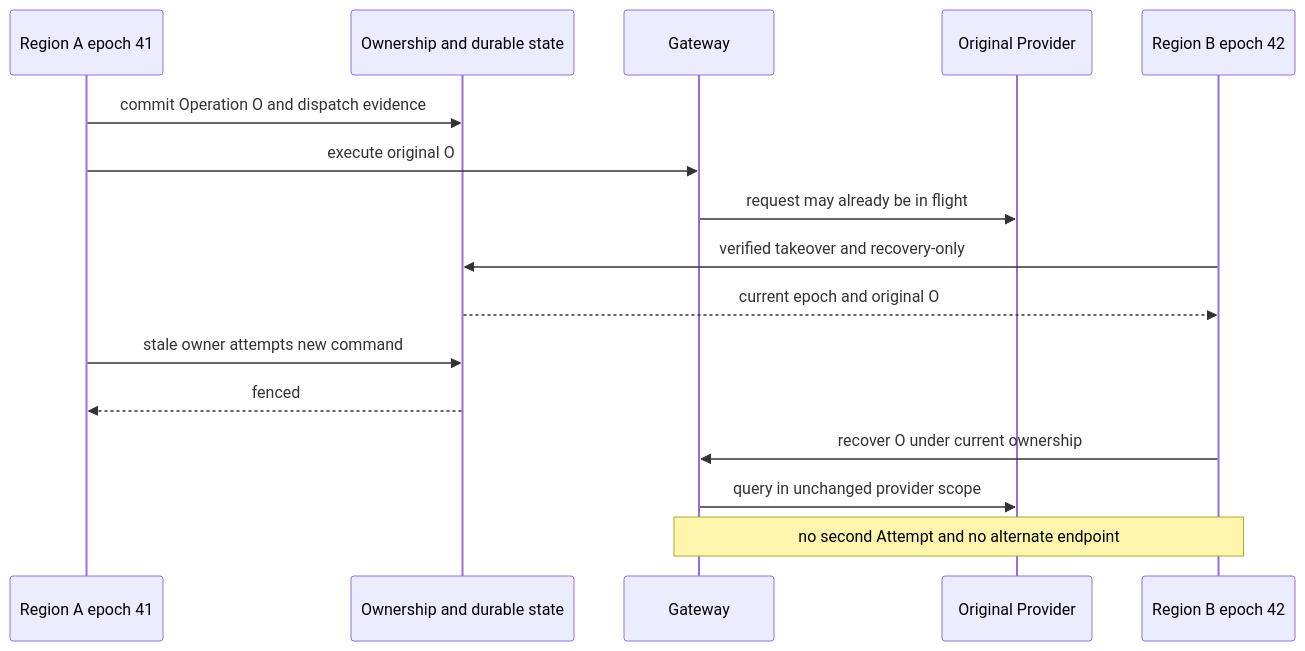
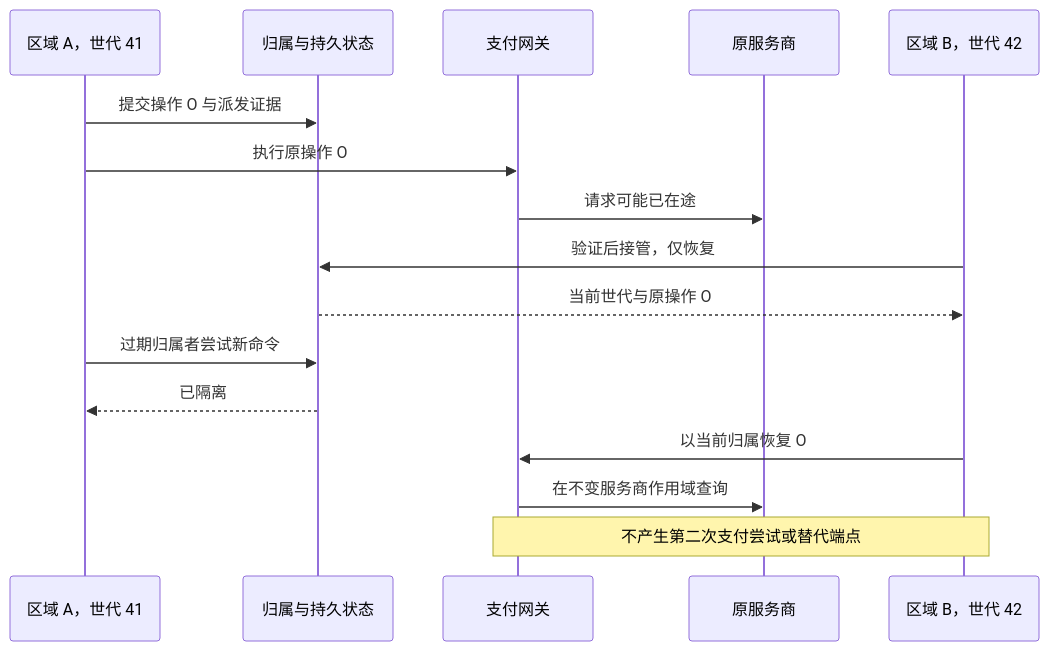
Before and after one commit to YouEclipse/Designing-Modern-Payment-Systems: the fifth of 5 diagrams in part-6-case-study/global-payment-routing-platform.md, drawn with Mermaid. The commit also changed other lines of this file and 59 other files, not shown here.

````diff
--- a/part-6-case-study/global-payment-routing-platform.md
+++ b/part-6-case-study/global-payment-routing-platform.md
@@ -375,18 +375,18 @@
 ```mermaid
 sequenceDiagram
-    participant A as Region A epoch 41
-    participant D as Ownership and durable state
-    participant G as Gateway
-    participant PSP as Original Provider
-    participant B as Region B epoch 42
-    A->>D: commit Operation O and dispatch evidence
-    A->>G: execute original O
-    G->>PSP: request may already be in flight
-    B->>D: verified takeover and recovery-only
-    D-->>B: current epoch and original O
-    A->>D: stale owner attempts new command
-    D-->>A: fenced
-    B->>G: recover O under current ownership
-    G->>PSP: query in unchanged provider scope
-    Note over B,G: no second Attempt and no alternate endpoint
+    participant A as 区域 A，世代 41
+    participant D as 归属与持久状态
+    participant G as 支付网关
+    participant PSP as 原服务商
+    participant B as 区域 B，世代 42
+    A->>D: 提交操作 O 与派发证据
+    A->>G: 执行原操作 O
+    G->>PSP: 请求可能已在途
+    B->>D: 验证后接管，仅恢复
+    D-->>B: 当前世代与原操作 O
+    A->>D: 过期归属者尝试新命令
+    D-->>A: 已隔离
+    B->>G: 以当前归属恢复 O
+    G->>PSP: 在不变服务商作用域查询
+    Note over B,G: 不产生第二次支付尝试或替代端点
 ```
````
